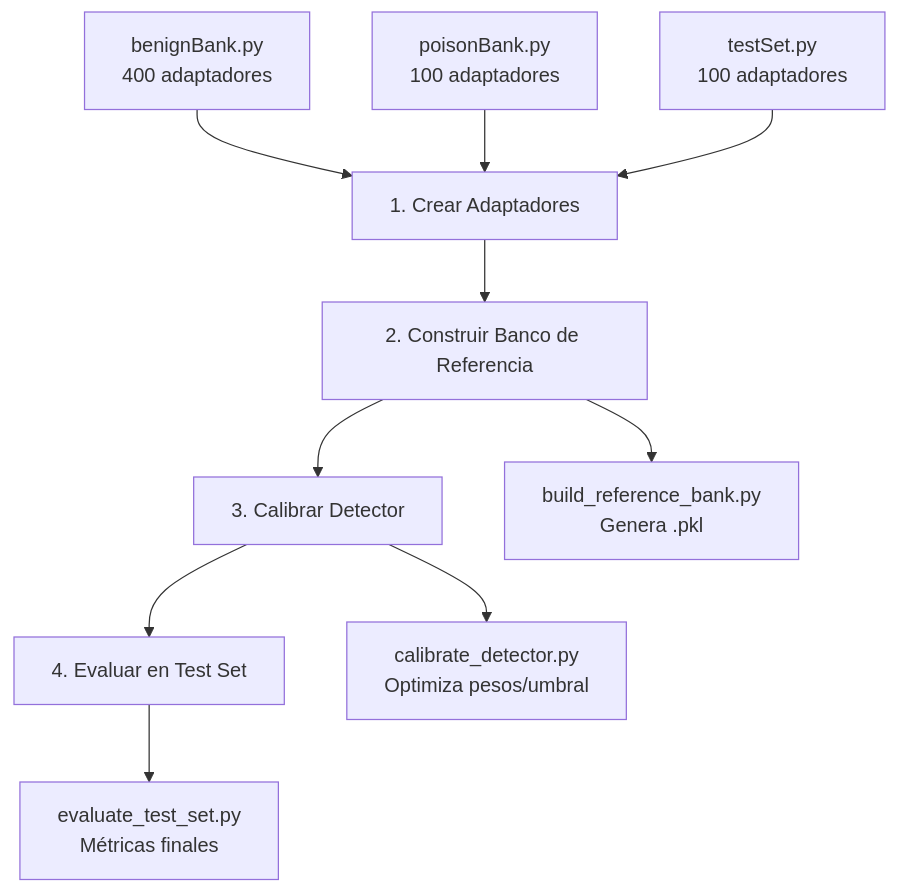
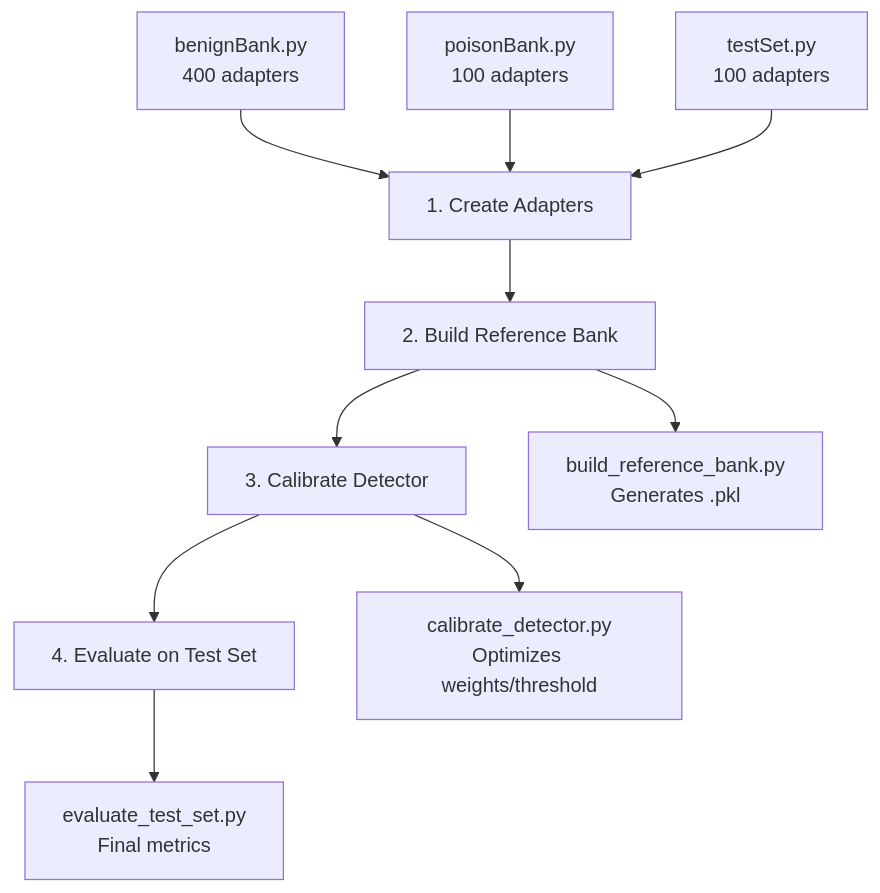
One commit to davidpuertolas/LoraBackdoorDetection changed the diagram in README.md. Above: the diagram before and after it, drawn with Mermaid. The commit also changed other lines of this file, not shown here.

````diff
--- a/README.md
+++ b/README.md
@@ -46,16 +46,16 @@
 ```mermaid
 graph TD
-    A[1. Crear Adaptadores] --> B[2. Construir Banco de Referencia]
-    B --> C[3. Calibrar Detector]
-    C --> D[4. Evaluar en Test Set]
+    A[1. Create Adapters] --> B[2. Build Reference Bank]
+    B --> C[3. Calibrate Detector]
+    C --> D[4. Evaluate on Test Set]
 
-    A1[benignBank.py<br/>400 adaptadores] --> A
-    A2[poisonBank.py<br/>100 adaptadores] --> A
-    A3[testSet.py<br/>100 adaptadores] --> A
+    A1[benignBank.py<br/>400 adapters] --> A
+    A2[poisonBank.py<br/>100 adapters] --> A
+    A3[testSet.py<br/>100 adapters] --> A
 
-    B --> B1[build_reference_bank.py<br/>Genera .pkl]
+    B --> B1[build_reference_bank.py<br/>Generates .pkl]
 
-    C --> C1[calibrate_detector.py<br/>Optimiza pesos/umbral]
+    C --> C1[calibrate_detector.py<br/>Optimizes weights/threshold]
 
-    D --> D1[evaluate_test_set.py<br/>Métricas finales]
+    D --> D1[evaluate_test_set.py<br/>Final metrics]
 ```
````
